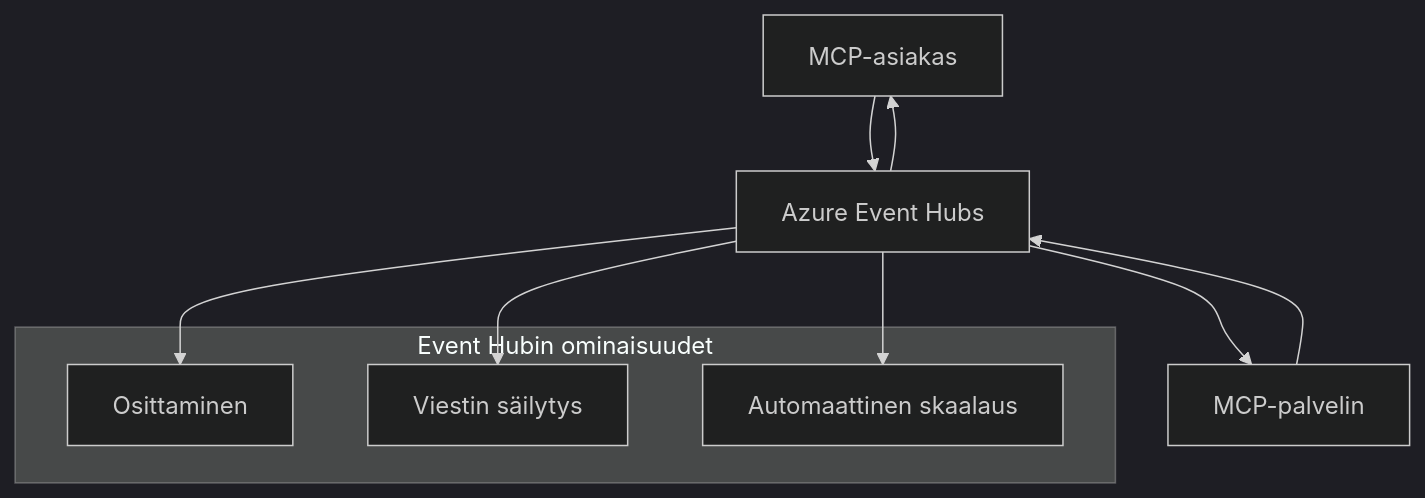
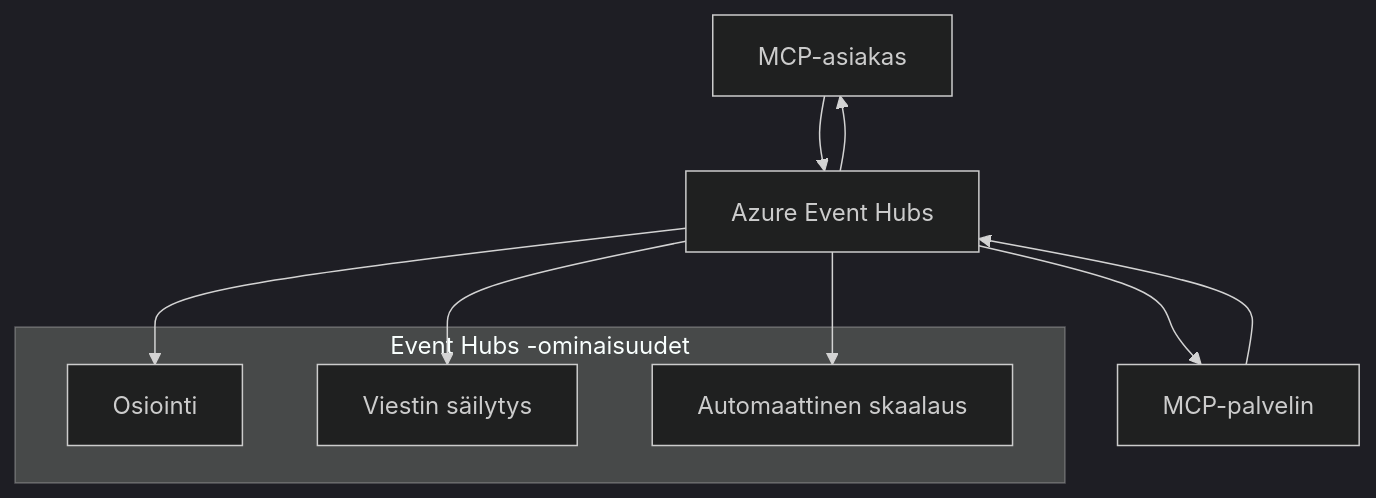
The second of 2 diagrams in mcp_ecosystem__model_context_protocol/mcp_learning_resources/mcp-for-beginners/translations/fi/05-AdvancedTopics/mcp-transport/README.md (HIDORAKAI002/ai-workspace-archive), drawn with Mermaid (dark theme) before and after one commit. The commit also changed other lines of this file and 1046 other files, not shown here.

````diff
--- a/mcp_ecosystem__model_context_protocol/mcp_learning_resources/mcp-for-beginners/translations/fi/05-AdvancedTopics/mcp-transport/README.md
+++ b/mcp_ecosystem__model_context_protocol/mcp_learning_resources/mcp-for-beginners/translations/fi/05-AdvancedTopics/mcp-transport/README.md
@@ -270,17 +272,17 @@
 ```mermaid
 graph TB
     Client[MCP-asiakas] --> EH[Azure Event Hubs]
     EH --> Server[MCP-palvelin]
     Server --> EH
     EH --> Client
     
-    subgraph "Event Hubin ominaisuudet"
-        Partition[Osittaminen]
+    subgraph "Event Hubs -ominaisuudet"
+        Partition[Osiointi]
         Retention[Viestin säilytys]
         Scaling[Automaattinen skaalaus]
     end
     
     EH --> Partition
     EH --> Retention
     EH --> Scaling
 ```
````
